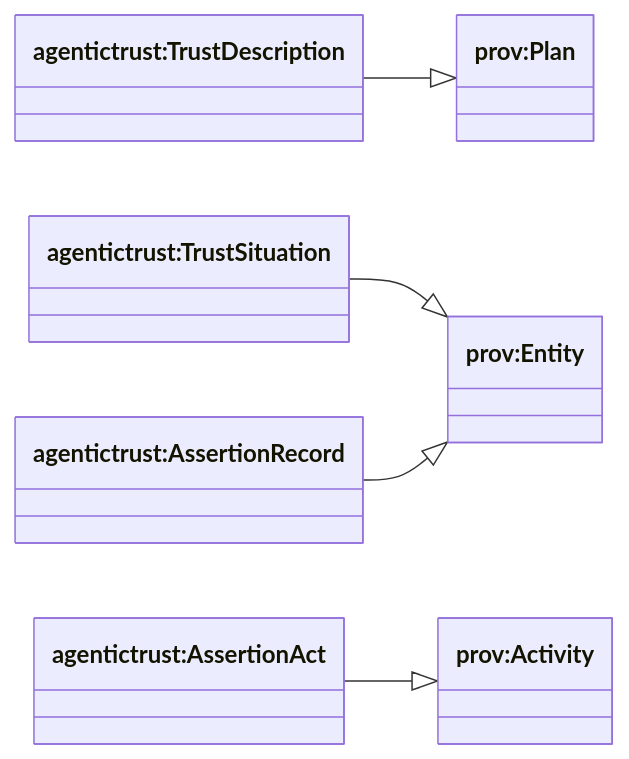
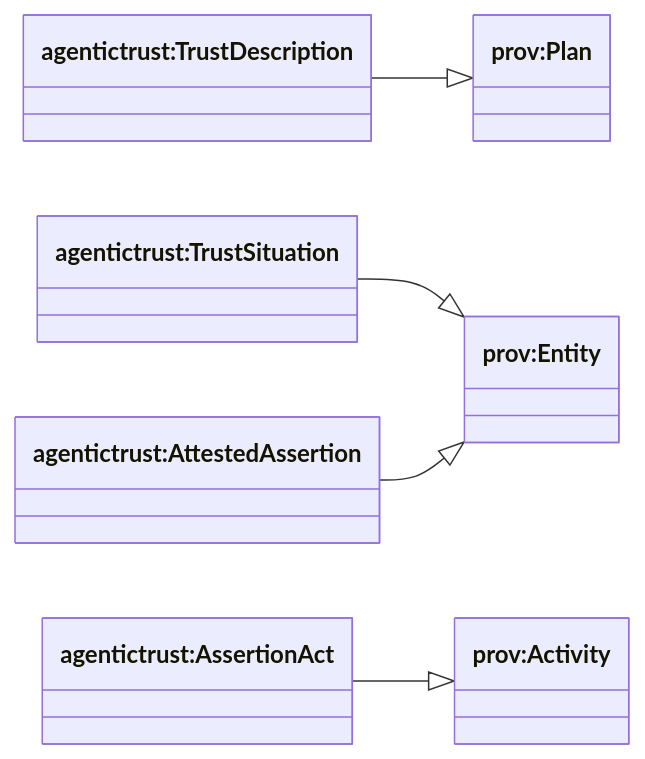
The first of 2 diagrams in docs/ontology/provenance.md (Agentic-Trust-Layer/agent-explorer), drawn with Mermaid before and after one commit. The commit also changed other lines of this file and 5 other files, not shown here.

Commit message:
updated ontology with attested assertion

````diff
--- a/docs/ontology/provenance.md
+++ b/docs/ontology/provenance.md
@@ -7,18 +7,18 @@
 ```mermaid
 classDiagram
 direction LR
 
 class provPlan["prov:Plan"]
 class provActivity["prov:Activity"]
 class provEntity["prov:Entity"]
 
 class TrustDescription["agentictrust:TrustDescription"]
 class TrustSituation["agentictrust:TrustSituation"]
 class AssertionAct["agentictrust:AssertionAct"]
-class AssertionRecord["agentictrust:AssertionRecord"]
+class AttestedAssertion["agentictrust:AttestedAssertion"]
 
 TrustDescription --|> provPlan
 TrustSituation --|> provEntity
 AssertionAct --|> provActivity
-AssertionRecord --|> provEntity
+AttestedAssertion --|> provEntity
 ```
````
